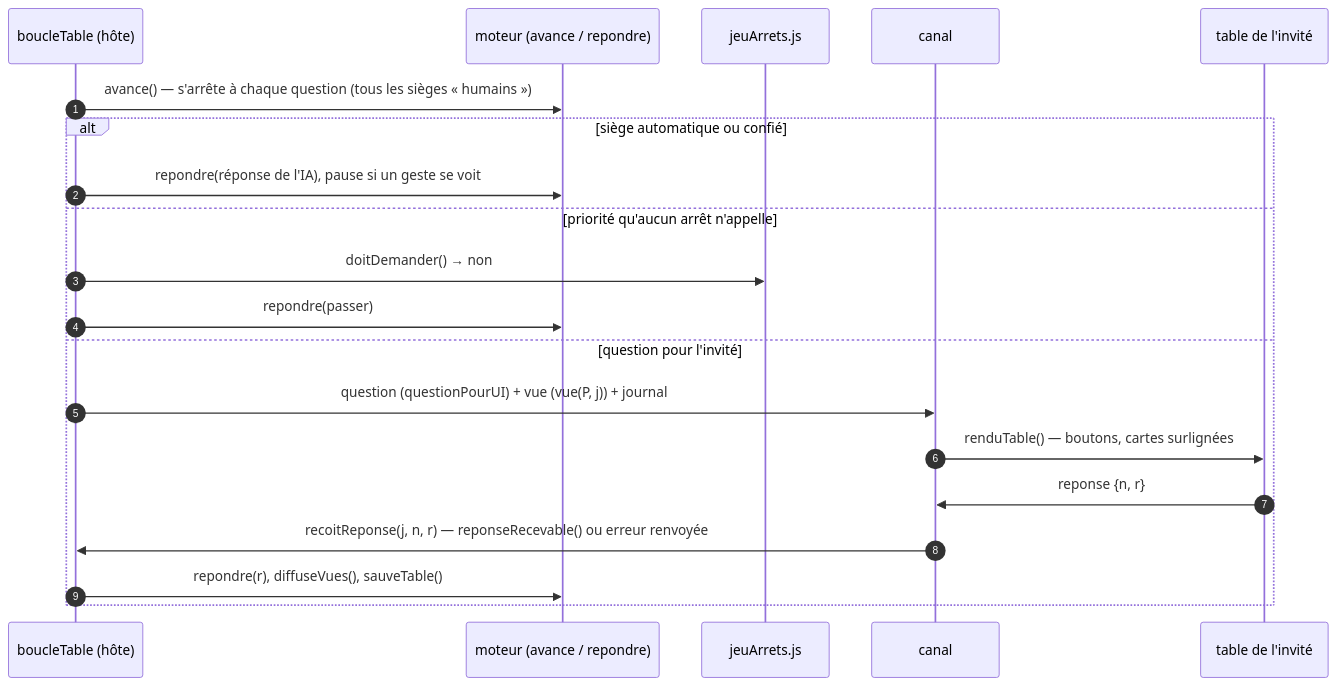
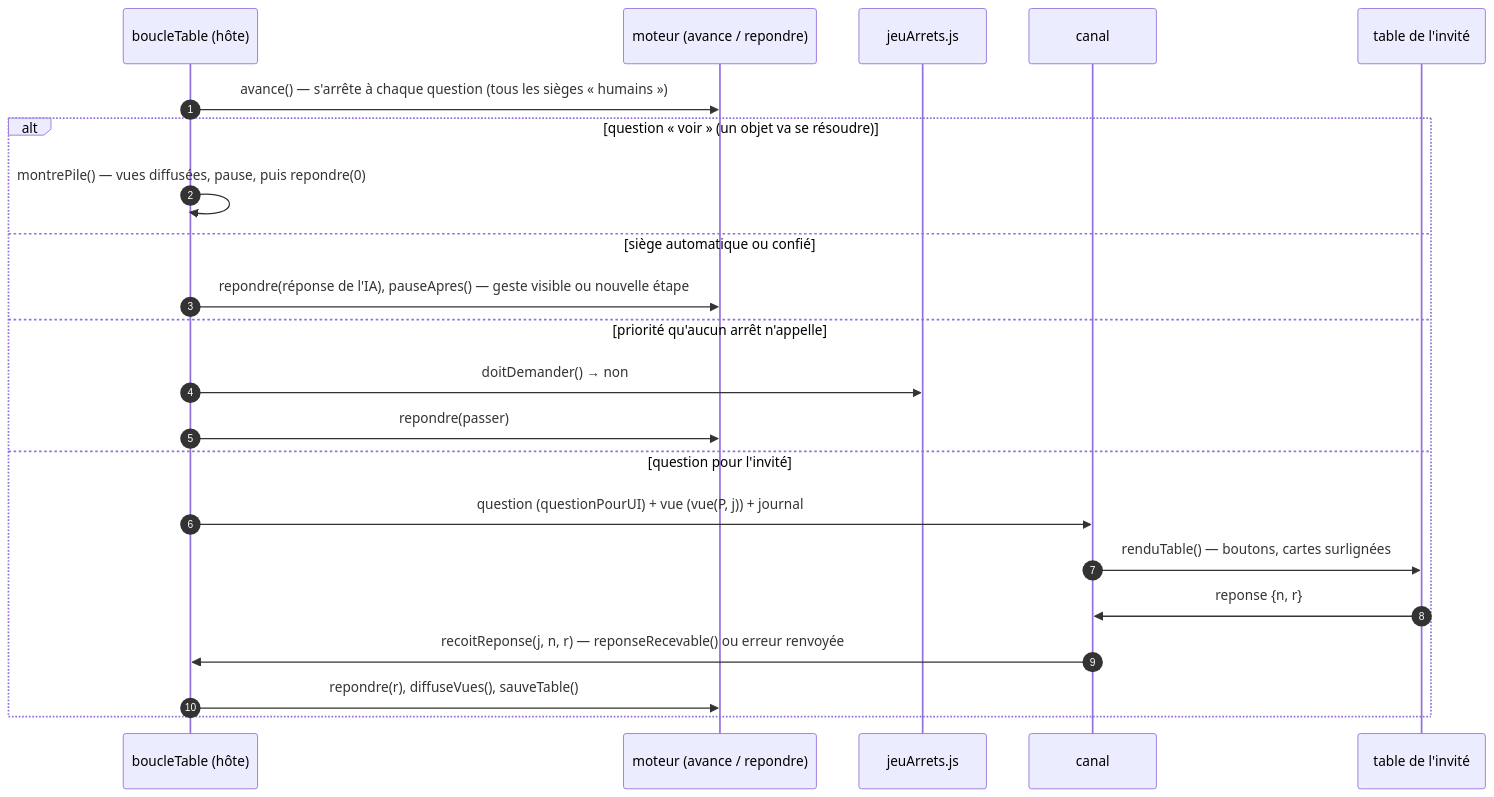
One commit to HJoudrier/MtgDeckBuilder_v3 changed diagram 22 of 27 in PARCOURS.md. Above: the diagram before and after it, drawn with Mermaid. The commit also changed 20 other files, not shown here.

````diff
--- a/PARCOURS.md
+++ b/PARCOURS.md
@@ -862,23 +862,25 @@
 ```mermaid
 sequenceDiagram
     autonumber
     participant B as boucleTable (hôte)
     participant M as moteur (avance / repondre)
     participant A as jeuArrets.js
     participant C as canal
     participant IN as table de l'invité
 
     B->>M: avance() — s'arrête à chaque question (tous les sièges « humains »)
-    alt siège automatique ou confié
-        B->>M: repondre(réponse de l'IA), pause si un geste se voit
+    alt question « voir » (un objet va se résoudre)
+        B->>B: montrePile() — vues diffusées, pause, puis repondre(0)
+    else siège automatique ou confié
+        B->>M: repondre(réponse de l'IA), pauseApres() — geste visible ou nouvelle étape
     else priorité qu'aucun arrêt n'appelle
         B->>A: doitDemander() → non
         B->>M: repondre(passer)
     else question pour l'invité
         B->>C: question (questionPourUI) + vue (vue(P, j)) + journal
         C->>IN: renduTable() — boutons, cartes surlignées
         IN->>C: reponse {n, r}
         C->>B: recoitReponse(j, n, r) — reponseRecevable() ou erreur renvoyée
         B->>M: repondre(r), diffuseVues(), sauveTable()
     end
 ```
````
